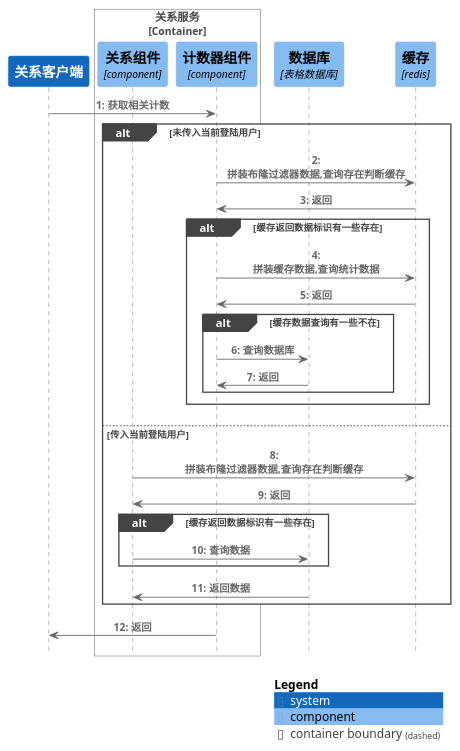
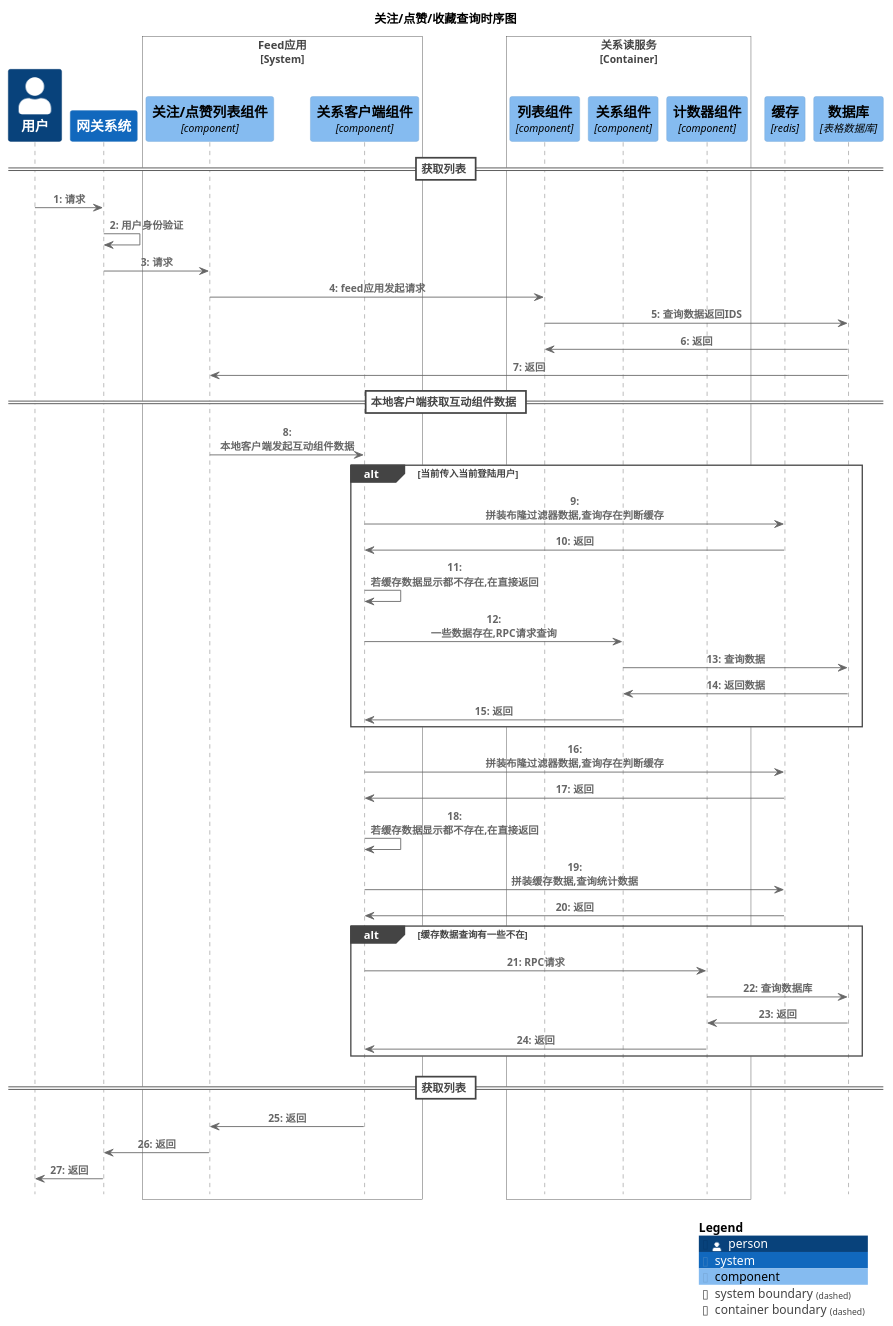
The diagram in puml/interact/relation/get/getrelationseq.puml (nxnnxn/community-doc), drawn with PlantUML before and after one commit. The commit also changed 9 other files, not shown here.

```diff
--- a/puml/interact/relation/get/getrelationseq.puml
+++ b/puml/interact/relation/get/getrelationseq.puml
@@ -1,37 +1,64 @@
 @startuml
 !include <C4/C4_Sequence>
 SHOW_INDEX()
 SHOW_LEGEND()
 
-System(relationClient,"关系客户端")
+title 关注/点赞/收藏查询时序图
+== 获取列表 ==
 
-Container_Boundary(relationService, "关系服务")
+Person(user, "用户")
+System(gateway,"网关系统")
+
+Rel(user, gateway, "请求")
+Rel(gateway, gateway, "用户身份验证")
+
+System_Boundary(feed, "Feed应用")
+   Component(listFeedComponent, "关注/点赞列表组件", "component", "关注/点赞列表Feed")
+   Component(relationClientComponent, "关系客户端组件", "component", "关系客户端组件")
+Boundary_End()
+
+
+Container_Boundary(relationReadService, "关系读服务")
+    Component(listComponent, "列表组件", "component", "列表组件")
     Component(relationComponent, "关系组件", "component", "关系关注")
     Component(statComponent, "计数器组件", "component", "计数器更新")
 Boundary_End()
+ComponentDb(redis, "缓存", "redis")
 ComponentDb(db, "数据库", "表格数据库")
-ComponentDb(redis, "缓存", "redis")
 
-Rel(relationClient, statComponent, "获取相关计数")
-alt 未传入当前登陆用户
-Rel(statComponent, redis, "拼装布隆过滤器数据,查询存在判断缓存")
-Rel(redis, statComponent, "返回")
-alt 缓存返回数据标识有一些存在
-Rel(statComponent, redis, "拼装缓存数据,查询统计数据")
-Rel(redis, statComponent, "返回")
+
+Rel(gateway,listFeedComponent,"请求")
+Rel(listFeedComponent, listComponent, "feed应用发起请求")
+Rel(listComponent, db, "查询数据返回IDS")
+Rel(db, listComponent, "返回")
+Rel(db, listFeedComponent, "返回")
+
+== 本地客户端获取互动组件数据 ==
+Rel(listFeedComponent, relationClientComponent, "本地客户端发起互动组件数据")
+alt  当前传入当前登陆用户
+Rel(relationClientComponent, redis, "拼装布隆过滤器数据,查询存在判断缓存")
+Rel(redis, relationClientComponent, "返回")
+Rel(relationClientComponent, relationClientComponent, "若缓存数据显示都不存在,在直接返回")
+Rel(relationClientComponent, relationComponent, "一些数据存在,RPC请求查询")
+Rel(relationComponent, db, "查询数据")
+Rel(db, relationComponent, "返回数据")
+Rel(relationComponent, relationClientComponent, "返回")
+end
+
+Rel(relationClientComponent, redis, "拼装布隆过滤器数据,查询存在判断缓存")
+Rel(redis, relationClientComponent, "返回")
+Rel(relationClientComponent, relationClientComponent, "若缓存数据显示都不存在,在直接返回")
+Rel(relationClientComponent, redis, "拼装缓存数据,查询统计数据")
+Rel(redis, relationClientComponent, "返回")
 alt 缓存数据查询有一些不在
+Rel(relationClientComponent, statComponent, "RPC请求")
 Rel(statComponent, db, "查询数据库")
 Rel(db, statComponent, "返回")
+Rel(statComponent, relationClientComponent, "返回")
 end
-end
-else 传入当前登陆用户
-Rel(relationComponent, redis, "拼装布隆过滤器数据,查询存在判断缓存")
-Rel(redis, relationComponent, "返回")
-alt 缓存返回数据标识有一些存在
-Rel(relationComponent, db, "查询数据")
-end
-Rel(db, relationComponent, "返回数据")
-end
-Rel(statComponent, relationClient, "返回")
+== 获取列表 ==
+Rel(relationClientComponent, listFeedComponent, "返回")
+Rel(listFeedComponent, gateway, "返回")
+Rel(gateway, user, "返回")
 SHOW_LEGEND()
 @enduml
```
